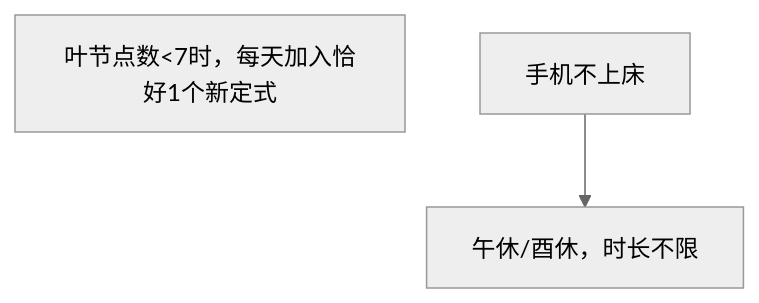
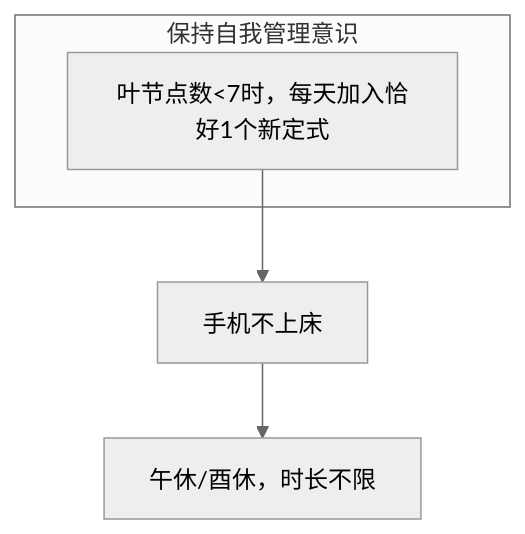
Before and after one commit to Ethkuil/RSIP-tree: the diagram in README.md, drawn with Mermaid (neutral theme).

Commit message:
refactor: 保持自我管理意识

````diff
--- a/README.md
+++ b/README.md
@@ -7,7 +7,10 @@
 ```mermaid
 graph TD
 
+subgraph 保持自我管理意识
 0[叶节点数<7时，每天加入恰好1个新定式]
-1[手机不上床]
+end
+
+0 --> 1[手机不上床]
 1 --> 2[午休/酉休，时长不限]
 ```
````
